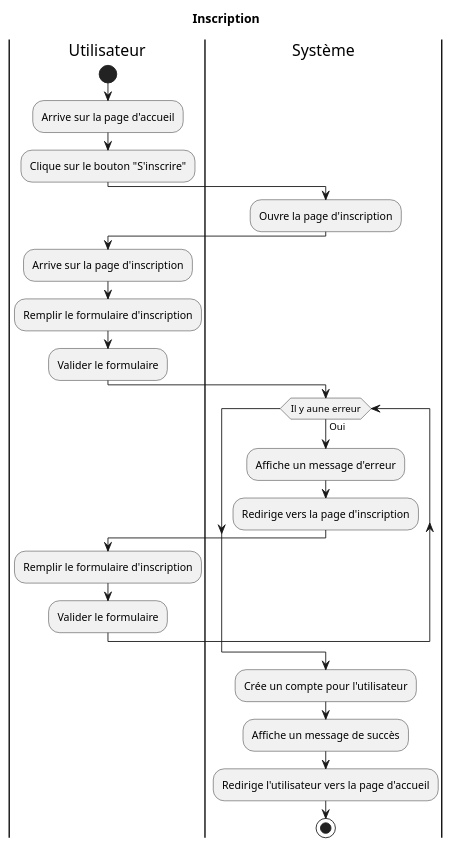
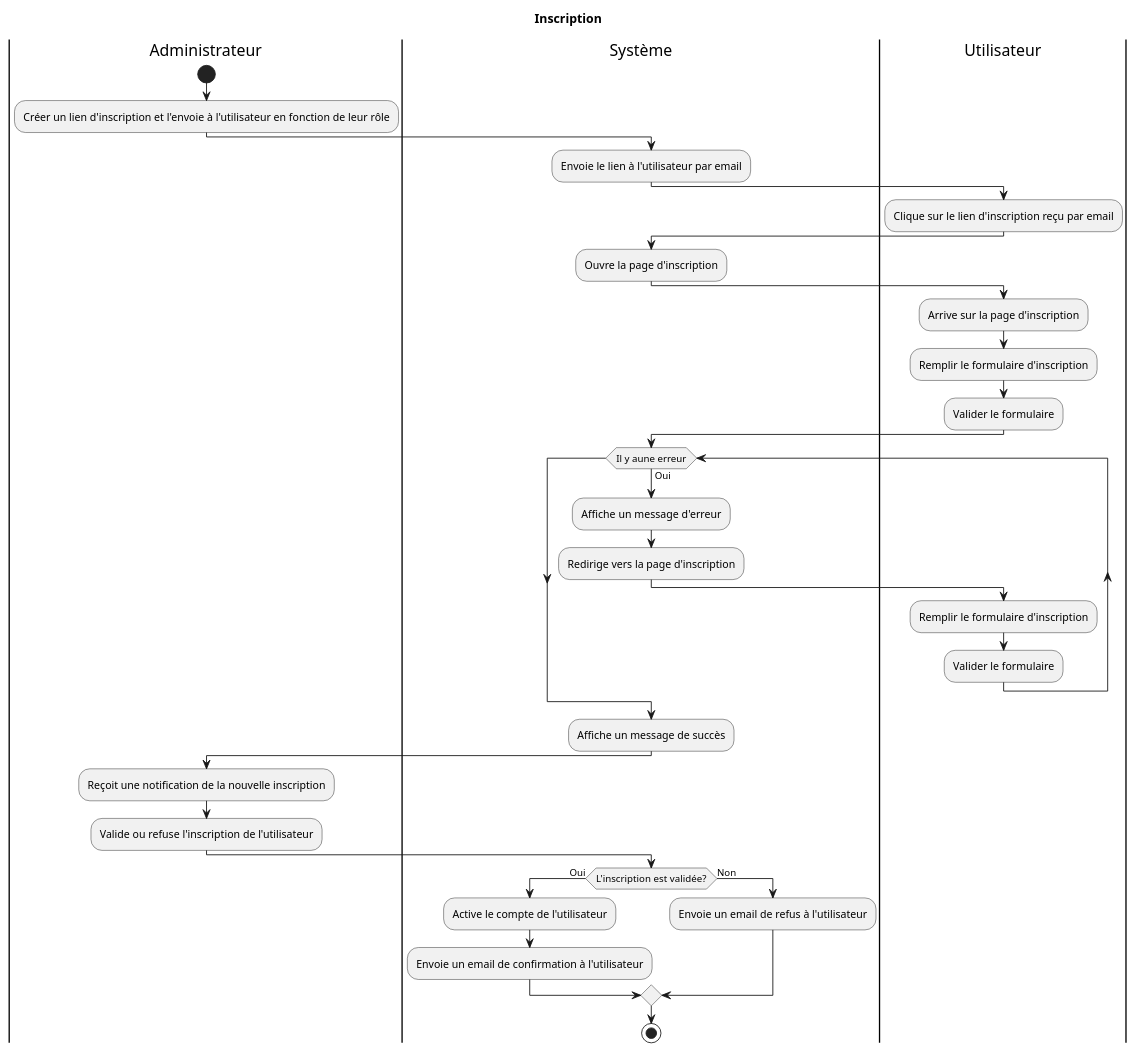
The diagram in Conception/activite/inscription.puml (AurelienDillies/Primeo), drawn with PlantUML before and after one commit.

Commit message:
Correction inscription fait

```diff
--- a/Conception/activite/inscription.puml
+++ b/Conception/activite/inscription.puml
@@ -1,28 +1,39 @@
 @startuml Inscription
 
 title Inscription
 
+|Administrateur|
+start
+:Créer un lien d'inscription et l'envoie à l'utilisateur en fonction de leur rôle;
+|Système|
+:Envoie le lien à l'utilisateur par email;
 |Utilisateur|
-start
-:Arrive sur la page d'accueil;
-:Clique sur le bouton "S'inscrire";
+:Clique sur le lien d'inscription reçu par email;
 |Système|
 :Ouvre la page d'inscription;
 |Utilisateur|
 :Arrive sur la page d'inscription;
 :Remplir le formulaire d'inscription;
 :Valider le formulaire;
 |Système|
 while (Il y aune erreur) is (Oui)
   :Affiche un message d'erreur;
   :Redirige vers la page d'inscription;
   |Utilisateur|
   :Remplir le formulaire d'inscription;
   :Valider le formulaire;
 end while
 |Système|
-:Crée un compte pour l'utilisateur;
 :Affiche un message de succès;
-:Redirige l'utilisateur vers la page d'accueil;
+|Administrateur|
+:Reçoit une notification de la nouvelle inscription;
+:Valide ou refuse l'inscription de l'utilisateur;
+|Système|
+if (L'inscription est validée?) then (Oui)
+  :Active le compte de l'utilisateur;
+  :Envoie un email de confirmation à l'utilisateur;
+else (Non)
+  :Envoie un email de refus à l'utilisateur;
+endif
 stop
 @enduml
```
